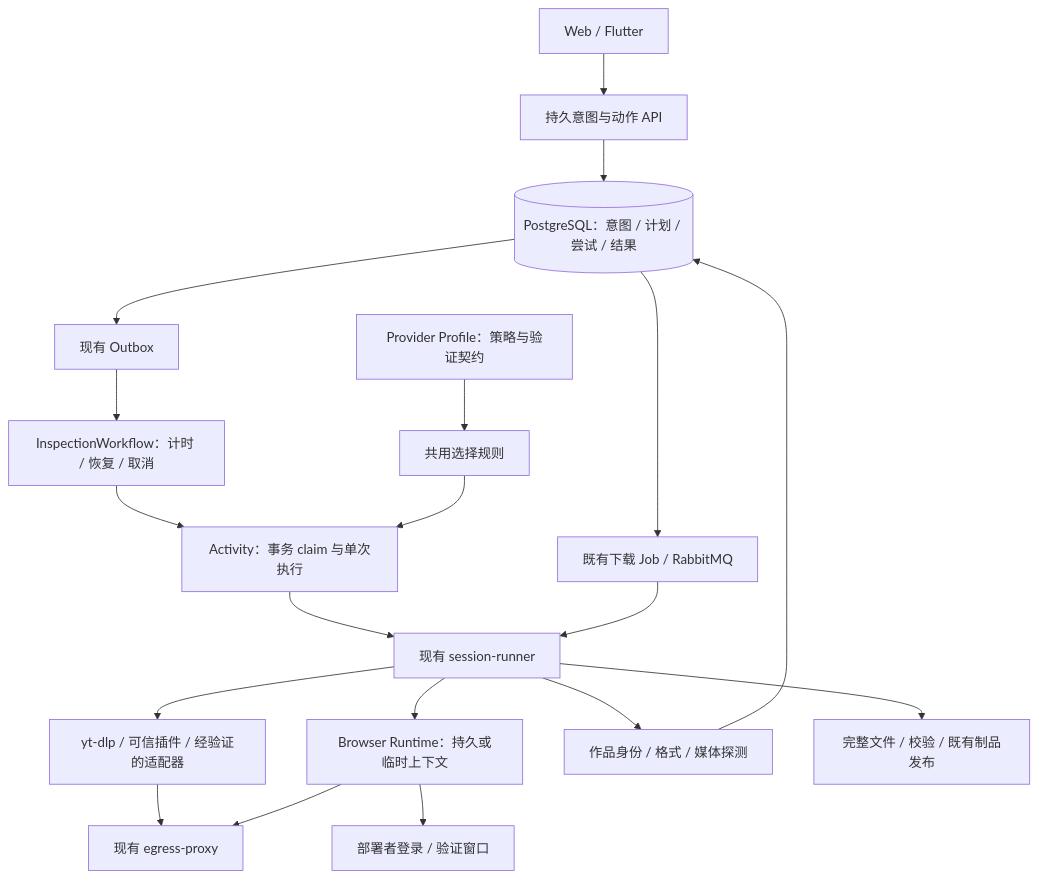
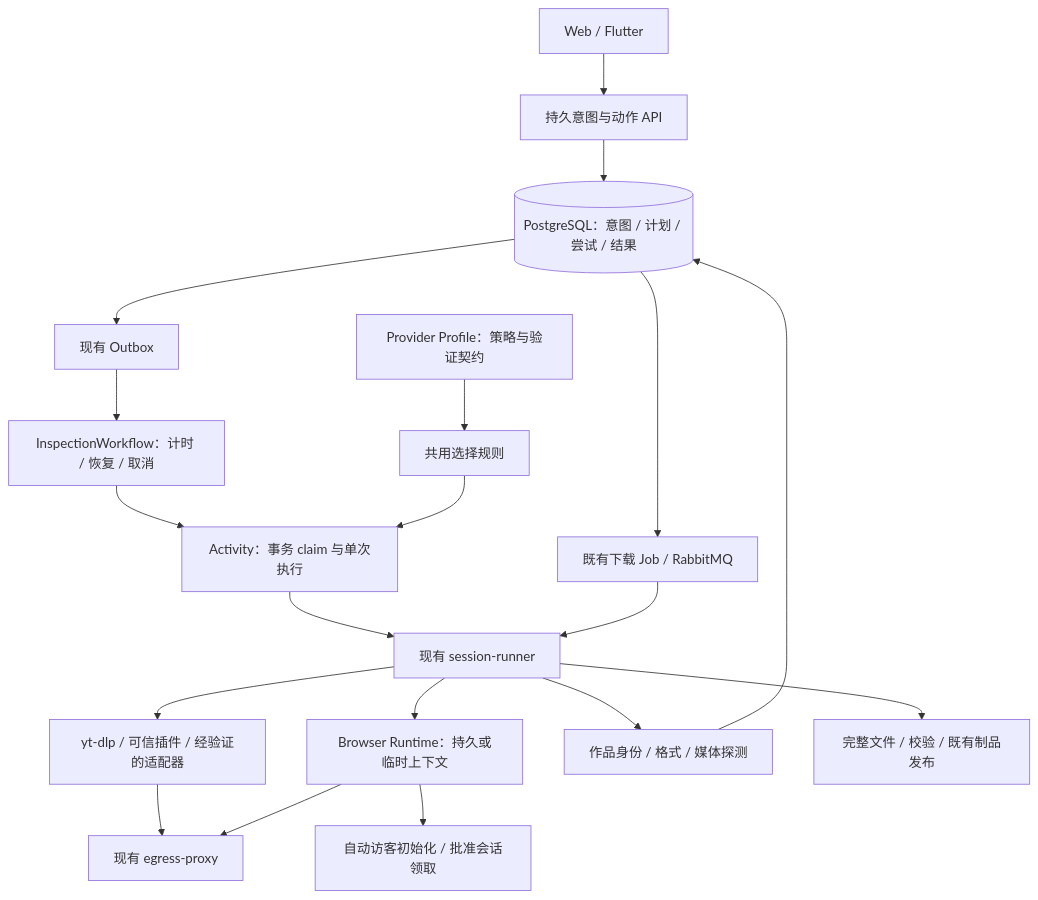
One commit to StephenQiu30/framefetch changed the diagram in docs/design/17-通用解析架构与实施计划.md. Above: the diagram before and after it, drawn with Mermaid. The commit also changed other lines of this file and 46 other files, not shown here.

```diff
--- a/docs/design/17-通用解析架构与实施计划.md
+++ b/docs/design/17-通用解析架构与实施计划.md
@@ -38,21 +38,21 @@
 ~~~mermaid
 flowchart TD
   Client[Web / Flutter] --> API[持久意图与动作 API]
   API --> PG[(PostgreSQL：意图 / 计划 / 尝试 / 结果)]
   PG --> Outbox[现有 Outbox]
   Outbox --> WF[InspectionWorkflow：计时 / 恢复 / 取消]
   WF --> A[Activity：事务 claim 与单次执行]
   Registry[Provider Profile：策略与验证契约] --> Policy[共用选择规则]
   Policy --> A
   A --> Runner[现有 session-runner]
   Runner --> HTTP[yt-dlp / 可信插件 / 经验证的适配器]
   Runner --> Browser[Browser Runtime：持久或临时上下文]
-  Browser --> Interactive[部署者登录 / 验证窗口]
+  Browser --> Preparation[自动访客初始化 / 批准会话领取]
   HTTP --> Egress[现有 egress-proxy]
   Browser --> Egress
   Runner --> Result[作品身份 / 格式 / 媒体探测]
   Result --> PG
   PG --> Download[既有下载 Job / RabbitMQ]
   Download --> Runner
   Runner --> Artifact[完整文件 / 校验 / 既有制品发布]
 ~~~
```
